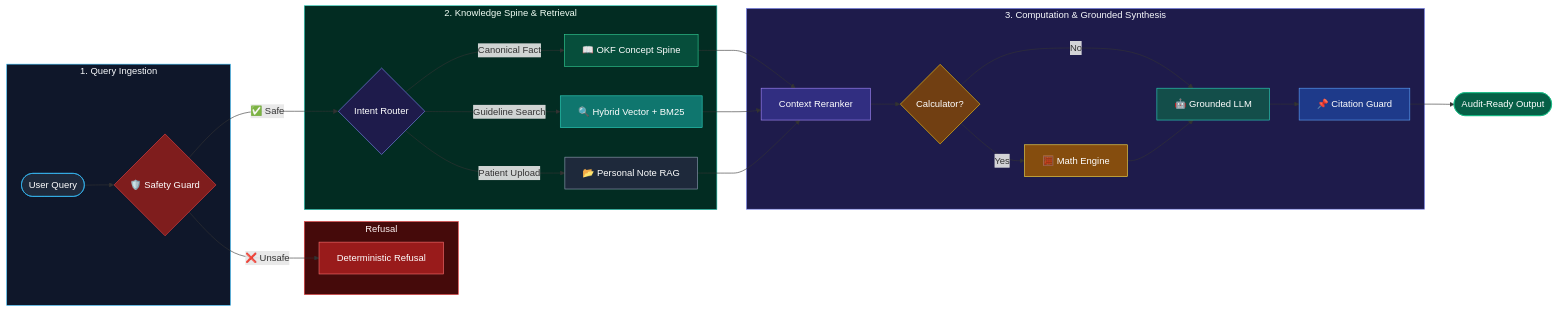
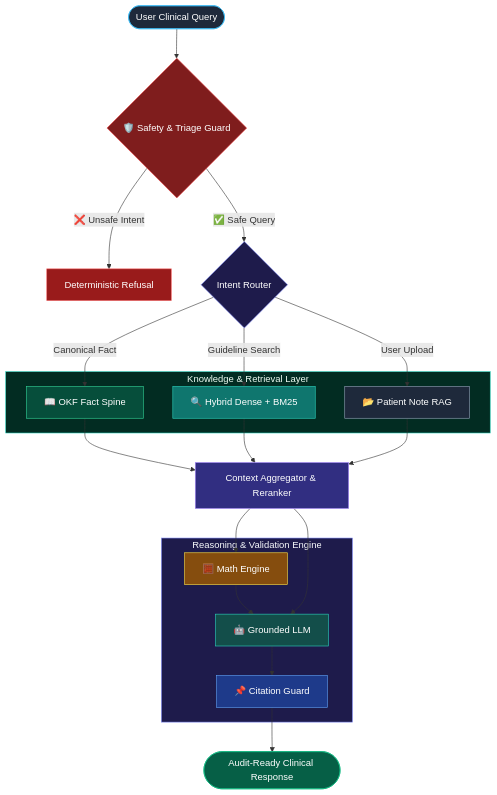
One commit to jeevesh2515/clinical-rag-agent changed the diagram in README.md. Above: the diagram before and after it, drawn with Mermaid.

Commit message:
feat(dag): restructure LangGraph DAG into compact 4-tier vertical flowchart

````diff
--- a/README.md
+++ b/README.md
@@ -44,46 +44,45 @@
 ```mermaid
-flowchart LR
-    subgraph IN["1. Query Ingestion"]
-        Q([User Query]) --> SG{🛡️ Safety Guard}
+flowchart TD
+    Q([User Clinical Query]) --> SG{🛡️ Safety & Triage Guard}
+    
+    SG -->|❌ Unsafe Intent| REF[Deterministic Refusal]
+    SG -->|✅ Safe Query| R{Intent Router}
+    
+    subgraph KNOWLEDGE["Knowledge & Retrieval Layer"]
+        OKF[📖 OKF Fact Spine]
+        HYB[🔍 Hybrid Dense + BM25]
+        DOC[📂 Patient Note RAG]
     end
 
-    subgraph REF["Refusal"]
-        SG -->|❌ Unsafe| R[Deterministic Refusal]
+    R -->|Canonical Fact| OKF
+    R -->|Guideline Search| HYB
+    R -->|User Upload| DOC
+
+    OKF & HYB & DOC --> MERGE[Context Aggregator & Reranker]
+    
+    subgraph SYNTH["Reasoning & Validation Engine"]
+        CALC[🧮 Math Engine]
+        LLM[🤖 Grounded LLM]
+        CITE[📌 Citation Guard]
     end
 
-    subgraph RET["2. Knowledge Spine & Retrieval"]
-        SG -->|✅ Safe| ROUTE{Intent Router}
-        ROUTE -->|Canonical Fact| OKF[📖 OKF Concept Spine]
-        ROUTE -->|Guideline Search| HYB[🔍 Hybrid Vector + BM25]
-        ROUTE -->|Patient Upload| DOC[📂 Personal Note RAG]
-    end
+    MERGE --> CALC --> LLM --> CITE
+    MERGE --> LLM
 
-    subgraph SYNTH["3. Computation & Grounded Synthesis"]
-        OKF & HYB & DOC --> M[Context Reranker]
-        M --> C{Calculator?}
-        C -->|Yes| CALC[🧮 Math Engine]
-        C -->|No| LLM[🤖 Grounded LLM]
-        CALC --> LLM
-        LLM --> V[📌 Citation Guard]
-    end
+    CITE --> OUT([Audit-Ready Clinical Response])
 
-    V --> OUT([Audit-Ready Output])
-
-    style IN fill:#0F172A,stroke:#38BDF8,color:#F8FAFC
-    style REF fill:#450A0A,stroke:#EF4444,color:#FEF2F2
-    style RET fill:#022C22,stroke:#2DD4BF,color:#F0FDF4
-    style SYNTH fill:#1E1B4B,stroke:#818CF8,color:#F8FAFC
     style Q fill:#1E293B,stroke:#38BDF8,color:#FFFFFF
     style SG fill:#7F1D1D,stroke:#EF4444,color:#FFFFFF
-    style R fill:#991B1B,stroke:#F87171,color:#FFFFFF
-    style ROUTE fill:#1E1B4B,stroke:#818CF8,color:#FFFFFF
+    style REF fill:#991B1B,stroke:#F87171,color:#FFFFFF
+    style R fill:#1E1B4B,stroke:#818CF8,color:#FFFFFF
+    style KNOWLEDGE fill:#022C22,stroke:#2DD4BF,color:#F0FDF4
     style OKF fill:#064E3B,stroke:#34D399,color:#FFFFFF
     style HYB fill:#0F766E,stroke:#2DD4BF,color:#FFFFFF
     style DOC fill:#1E293B,stroke:#94A3B8,color:#FFFFFF
-    style M fill:#312E81,stroke:#A78BFA,color:#FFFFFF
-    style C fill:#713F12,stroke:#FACC15,color:#FFFFFF
+    style MERGE fill:#312E81,stroke:#A78BFA,color:#FFFFFF
+    style SYNTH fill:#1E1B4B,stroke:#818CF8,color:#F8FAFC
     style CALC fill:#854D0E,stroke:#FDE047,color:#FFFFFF
     style LLM fill:#134E4A,stroke:#2DD4BF,color:#FFFFFF
-    style V fill:#1E3A8A,stroke:#60A5FA,color:#FFFFFF
+    style CITE fill:#1E3A8A,stroke:#60A5FA,color:#FFFFFF
     style OUT fill:#065F46,stroke:#10B981,color:#FFFFFF
 ```
````
